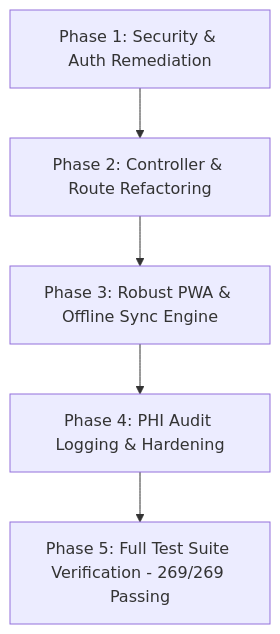
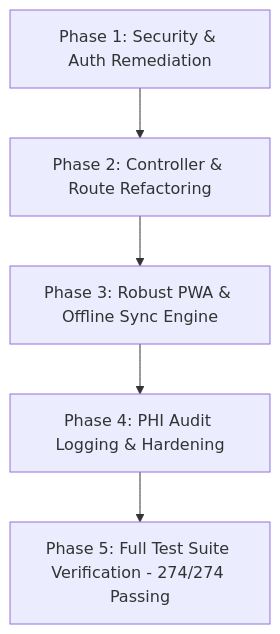
The diagram in maternal-healthcare/Senior Review - Pros Cons and Roadmap.md (HaggithCaray/maternal-healthcare), drawn with Mermaid before and after one commit. The commit also changed other lines of this file and 10 other files, not shown here.

````diff
--- a/maternal-healthcare/Senior Review - Pros Cons and Roadmap.md
+++ b/maternal-healthcare/Senior Review - Pros Cons and Roadmap.md
@@ -57,7 +57,7 @@
 ```mermaid
 graph TD
     A[Phase 1: Security & Auth Remediation] --> B[Phase 2: Controller & Route Refactoring]
     B --> C[Phase 3: Robust PWA & Offline Sync Engine]
     C --> D[Phase 4: PHI Audit Logging & Hardening]
-    D --> E[Phase 5: Full Test Suite Verification - 269/269 Passing]
+    D --> E[Phase 5: Full Test Suite Verification - 274/274 Passing]
 ```
````
